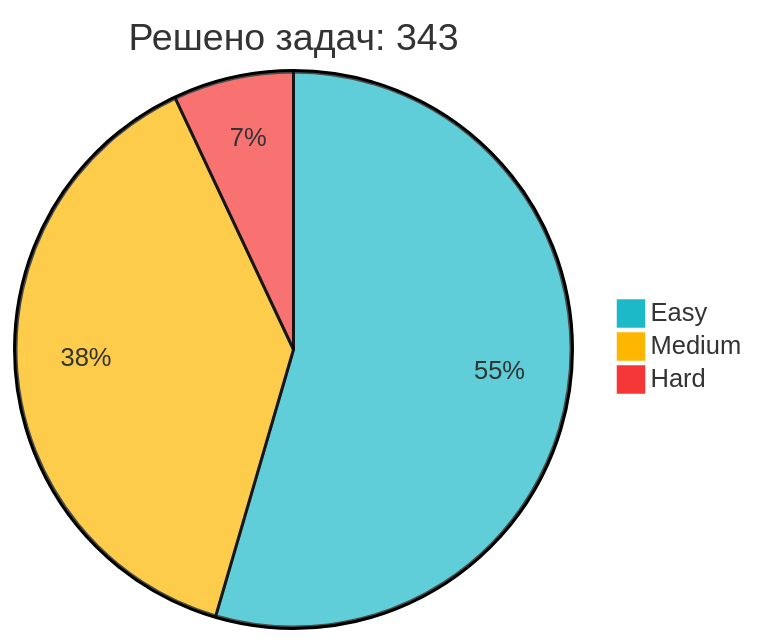
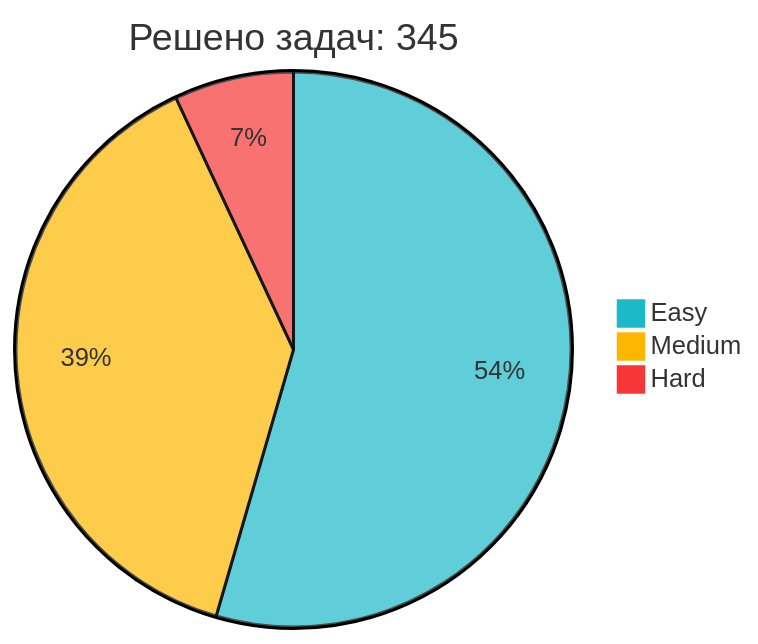
One commit to IliaKurdukov/IliaKurdukov changed the diagram in README.md. Above: the diagram before and after it, drawn with Mermaid. The commit also changed other lines of this file, not shown here.

Commit message:
📈 Обновление статистики LeetCode

````diff
--- a/README.md
+++ b/README.md
@@ -51,7 +51,7 @@
 ```mermaid
 %%{init: {'theme': 'base', 'themeVariables': { 'pie1': '#1CBAC8', 'pie2': '#FEB700', 'pie3': '#F63737' }, 'config': {'width': 300, 'height': 200}}}%%
-pie title Решено задач: 343
-   "Easy" : 187
-   "Medium" : 132
+pie title Решено задач: 345
+   "Easy" : 188
+   "Medium" : 133
    "Hard" : 24
 ```
````
